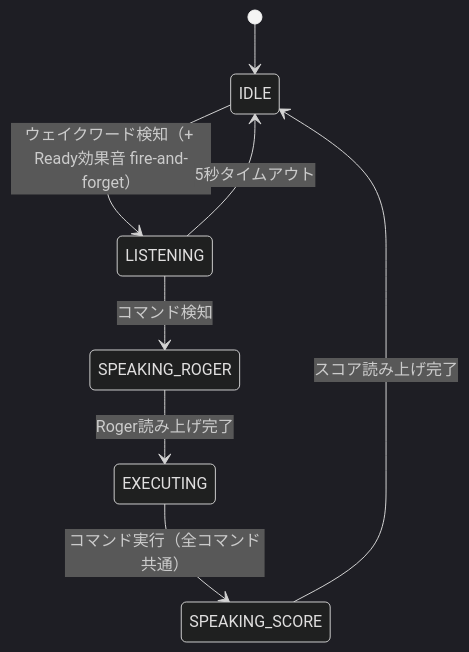
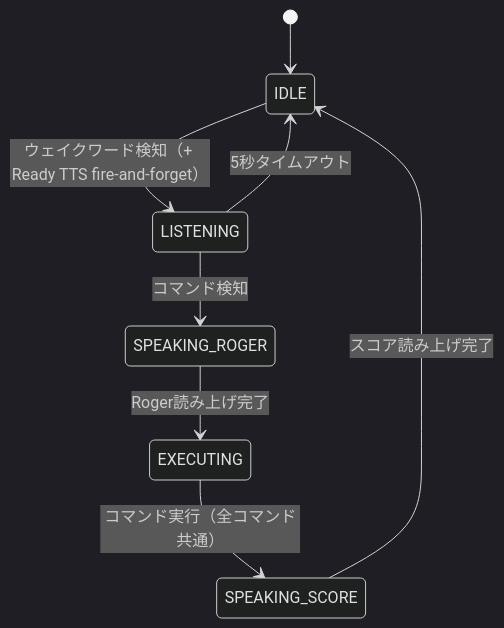
One commit to d-kishi/voice-scoreboard changed the second of 4 diagrams in .kiro/specs/voice-scoreboard/design.md. Above: the diagram before and after it, drawn with Mermaid (dark theme). The commit also changed other lines of this file and 11 other files, not shown here.

````diff
--- a/.kiro/specs/voice-scoreboard/design.md
+++ b/.kiro/specs/voice-scoreboard/design.md
@@ -169,11 +169,11 @@
 ```mermaid
 stateDiagram-v2
     [*] --> IDLE
 
-    IDLE --> LISTENING: ウェイクワード検知（+ Ready効果音 fire-and-forget）
+    IDLE --> LISTENING: ウェイクワード検知（+ Ready TTS fire-and-forget）
     LISTENING --> SPEAKING_ROGER: コマンド検知
     LISTENING --> IDLE: 5秒タイムアウト
     SPEAKING_ROGER --> EXECUTING: Roger読み上げ完了
     EXECUTING --> SPEAKING_SCORE: コマンド実行（全コマンド共通）
     SPEAKING_SCORE --> IDLE: スコア読み上げ完了
 ```
````
